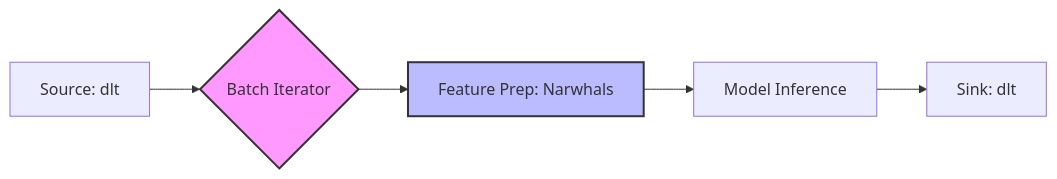
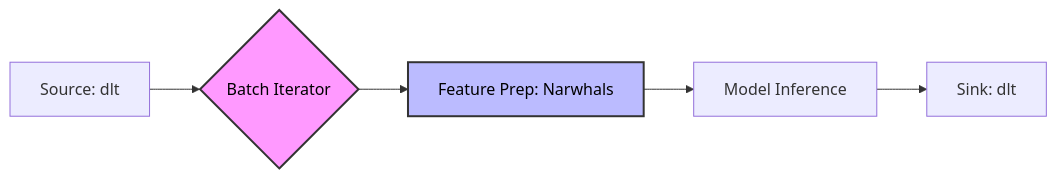
Before and after one commit to godalida/koala-flow: the diagram in README.md, drawn with Mermaid. The commit also changed 1 other file, not shown here.

Commit message:
docs: Add CONTRIBUTING.md with contribution guidelines and update README diagram node text color.

````diff
--- a/README.md
+++ b/README.md
@@ -87,10 +87,10 @@
 ```mermaid
 graph LR
     A[Source: dlt] --> B{Batch Iterator}
     B --> C[Feature Prep: Narwhals]
     C --> D[Model Inference]
     D --> E[Sink: dlt]
     
-    style B fill:#f9f,stroke:#333,stroke-width:2px
-    style C fill:#bbf,stroke:#333,stroke-width:2px
+    style B fill:#f9f,stroke:#333,stroke-width:2px,color:#000
+    style C fill:#bbf,stroke:#333,stroke-width:2px,color:#000
 ```
````
